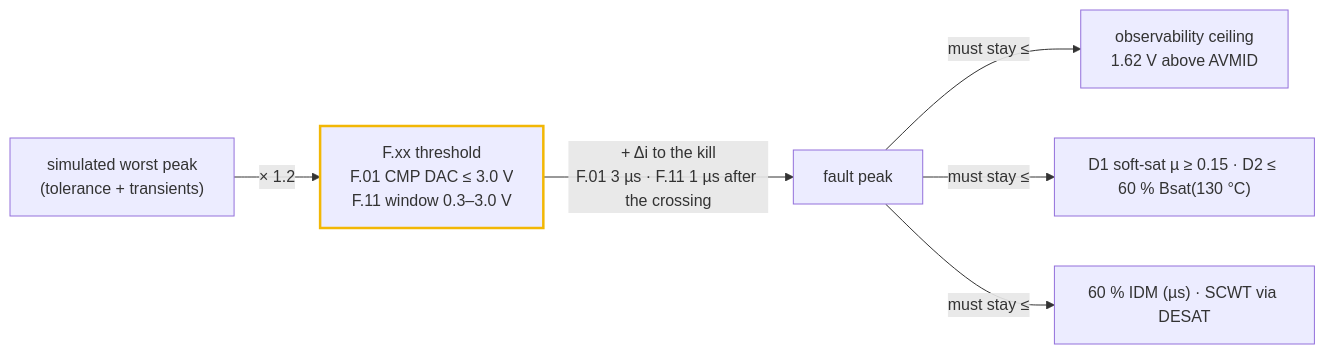
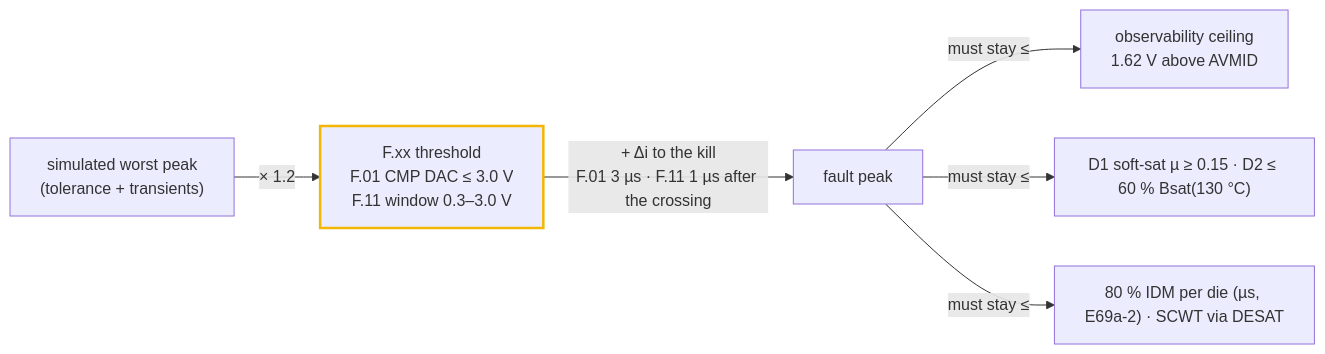
One commit to vectivolt/DC-Modules changed the third of 4 diagrams in docs/current-coordination.md. Above: the diagram before and after it, drawn with Mermaid. The commit also changed other lines of this file and 121 other files, not shown here.

````diff
--- a/docs/current-coordination.md
+++ b/docs/current-coordination.md
@@ -138,9 +152,9 @@
 ```mermaid
 flowchart LR
   P["simulated worst peak<br/>(tolerance + transients)"] -->|"× 1.2"| TH["F.xx threshold<br/>F.01 CMP DAC ≤ 3.0 V<br/>F.11 window 0.3–3.0 V"]
   TH -->|"+ Δi to the kill<br/>F.01 3 µs · F.11 1 µs after the crossing"| FP["fault peak"]
   FP -->|"must stay ≤"| CE["observability ceiling<br/>1.62 V above AVMID"]
   FP -->|"must stay ≤"| MAG["D1 soft-sat µ ≥ 0.15 · D2 ≤ 60 % Bsat(130 °C)"]
-  FP -->|"must stay ≤"| DEV["60 % IDM (µs) · SCWT via DESAT"]
+  FP -->|"must stay ≤"| DEV["80 % IDM per die (µs, E69a-2) · SCWT via DESAT"]
   style TH stroke:#f2b705,stroke-width:2.5px
 ```
````
